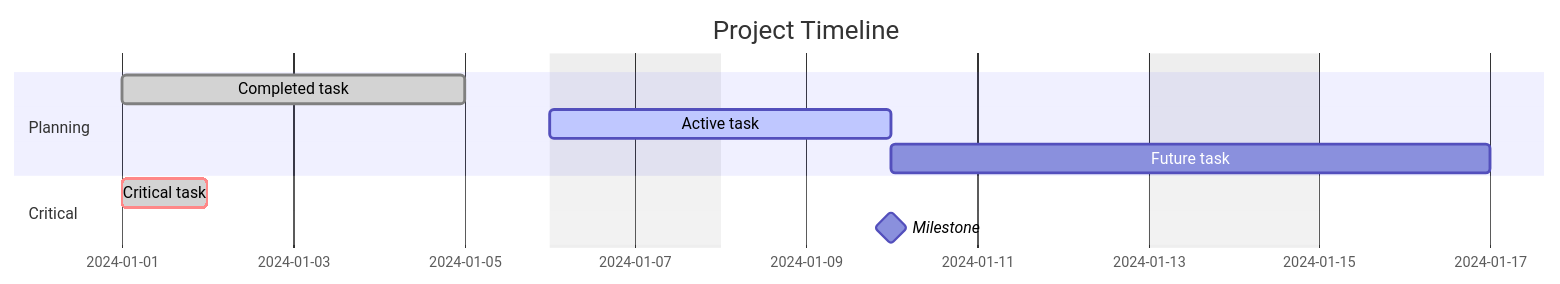
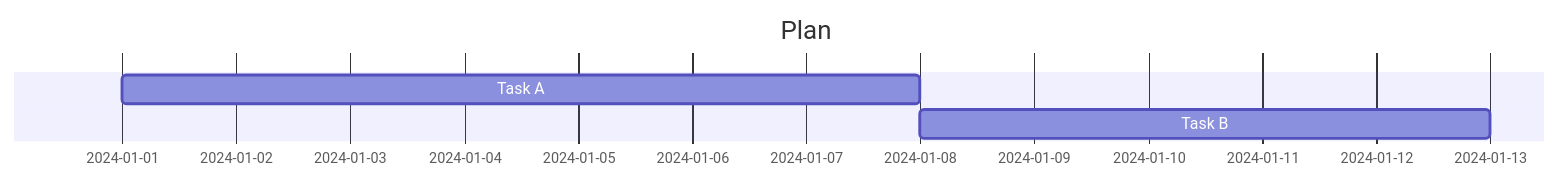
One commit to rp1-run/rp1 changed diagram 21 of 38 in plugins/base/skills/mermaid/reference.md. Above: the diagram before and after it, drawn with Mermaid. The commit also changed other lines of this file and 7 other files, not shown here.

Commit message:
feat: add a better mermaid repair skill

````diff
--- a/plugins/base/skills/mermaid/reference.md
+++ b/plugins/base/skills/mermaid/reference.md
@@ -302,15 +339,8 @@
 ```mermaid
+%% WRONG: Task A :a1, 2024-01-01, 7d Task B :a2, after a1, 5d
+%% RIGHT:
 gantt
-    dateFormat  YYYY-MM-DD
-    title Project Timeline
-    excludes weekends
-
-    section Planning
-    Completed task      :done,    des1, 2024-01-01, 2024-01-05
-    Active task         :active,  des2, 2024-01-06, 3d
-    Future task         :         des3, after des2, 5d
-
-    section Critical
-    Critical task       :crit, done, 2024-01-01, 24h
-    Milestone           :milestone, m1, 2024-01-10, 0d
+    title Plan
+    Task A :a1, 2024-01-01, 7d
+    Task B :a2, after a1, 5d
 ```
````
